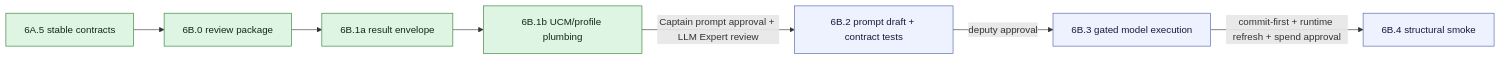
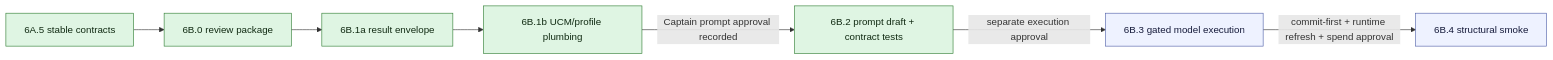
Before and after one commit to robertschaub/FactHarbor: the first of 2 diagrams in Docs/WIP/2026-05-14_V2_Slice_6B_Prompt_Model_Review_Package.md, drawn with Mermaid. The commit also changed other lines of this file and 7 other files, not shown here.

````diff
--- a/Docs/WIP/2026-05-14_V2_Slice_6B_Prompt_Model_Review_Package.md
+++ b/Docs/WIP/2026-05-14_V2_Slice_6B_Prompt_Model_Review_Package.md
@@ -56,21 +58,21 @@
 ```mermaid
 flowchart LR
   S6A5["6A.5 stable contracts"]
   R["6B.0 review package"]
   C["6B.1a result envelope"]
   U["6B.1b UCM/profile plumbing"]
   P["6B.2 prompt draft + contract tests"]
   E["6B.3 gated model execution"]
   T["6B.4 structural smoke"]
 
   S6A5 --> R --> C --> U
-  U -->|"Captain prompt approval + LLM Expert review"| P
-  P -->|"deputy approval"| E
+  U -->|"Captain prompt approval recorded"| P
+  P -->|"separate execution approval"| E
   E -->|"commit-first + runtime refresh + spend approval"| T
 
   classDef done fill:#dff5e3,stroke:#2f7d32,color:#102a12
   classDef review fill:#fff4d6,stroke:#9a6700,color:#3a2600
   classDef gated fill:#eef2ff,stroke:#4f5fa8,color:#151a3a
-  class S6A5,R,C,U done
-  class P,E,T gated
+  class S6A5,R,C,U,P done
+  class E,T gated
 ```
````
